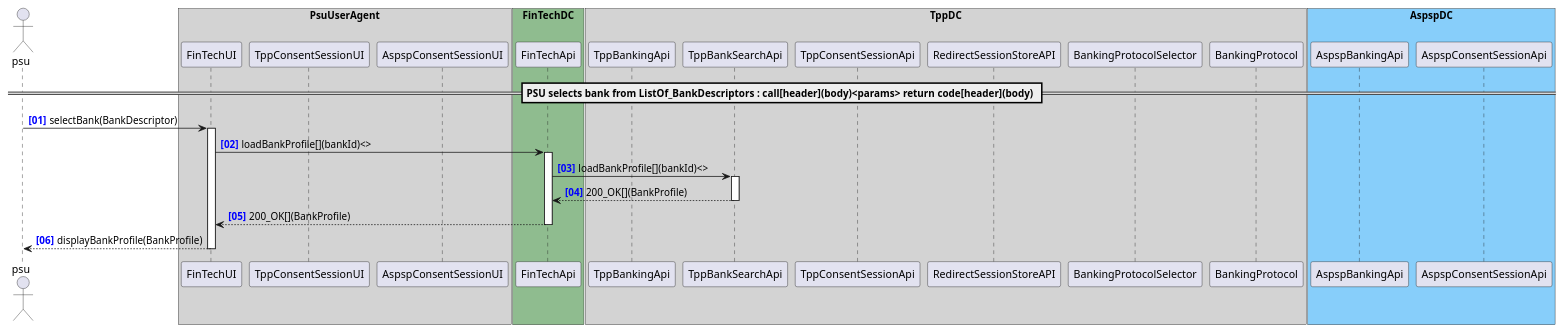
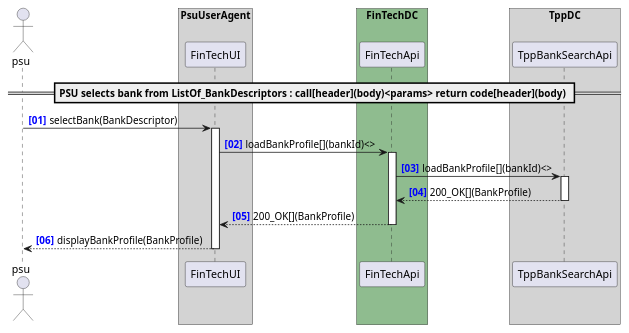
Before and after one commit to adorsys/open-banking-gateway: the diagram in docs/architecture/diagrams/useCases/3-selectBank.puml, drawn with PlantUML. The commit also changed 3 other files, not shown here.

```diff
--- a/docs/architecture/diagrams/useCases/3-selectBank.puml
+++ b/docs/architecture/diagrams/useCases/3-selectBank.puml
@@ -1,37 +1,37 @@
 @startuml
 
 autonumber "<b><color blue>[00]"
 actor psu
 
 box "PsuUserAgent" #LightGray
     participant "FinTechUI" as FinTechUI
-    participant "TppConsentSessionUI" as TppConsentSessionUI
-    participant "AspspConsentSessionUI" as AspspConsentSessionUI
+    'participant "TppConsentSessionUI" as TppConsentSessionUI
+    'participant "AspspConsentSessionUI" as AspspConsentSessionUI
 end box
 box "FinTechDC" #DarkSeaGreen
     participant "FinTechApi" as FinTechApi
 end box
 box "TppDC" #LightGray
-    participant "TppBankingApi" as TppBankingApi
+    'participant "TppBankingApi" as TppBankingApi
     participant "TppBankSearchApi" as TppBankSearchApi
-    participant "TppConsentSessionApi" as TppConsentSessionApi
+    'participant "TppConsentSessionApi" as TppConsentSessionApi
 
-    participant "RedirectSessionStoreAPI" as RedirectSessionStoreAPI
-    participant "BankingProtocolSelector" as BankingProtocolSelector
-    participant "BankingProtocol" as BankingProtocol
+    'participant "RedirectSessionStoreAPI" as RedirectSessionStoreAPI
+    'participant "BankingProtocolSelector" as BankingProtocolSelector
+    'participant "BankingProtocol" as BankingProtocol
 end box
 box "AspspDC" #LightSkyBlue
-	participant "AspspBankingApi" as AspspBankingApi
-    participant "AspspConsentSessionApi" as AspspConsentSessionApi
+	'participant "AspspBankingApi" as AspspBankingApi
+    'participant "AspspConsentSessionApi" as AspspConsentSessionApi
 end box
 
 == PSU selects bank from ListOf_BankDescriptors : call[header](body)<params> return code[header](body) ==
 
 psu -> FinTechUI ++ : selectBank(BankDescriptor)
 FinTechUI -> FinTechApi ++ : loadBankProfile[](bankId)<>
 FinTechApi -> TppBankSearchApi ++ : loadBankProfile[](bankId)<>
 return 200_OK[](BankProfile)
 return 200_OK[](BankProfile)
 return displayBankProfile(BankProfile)
 
 @enduml
```
